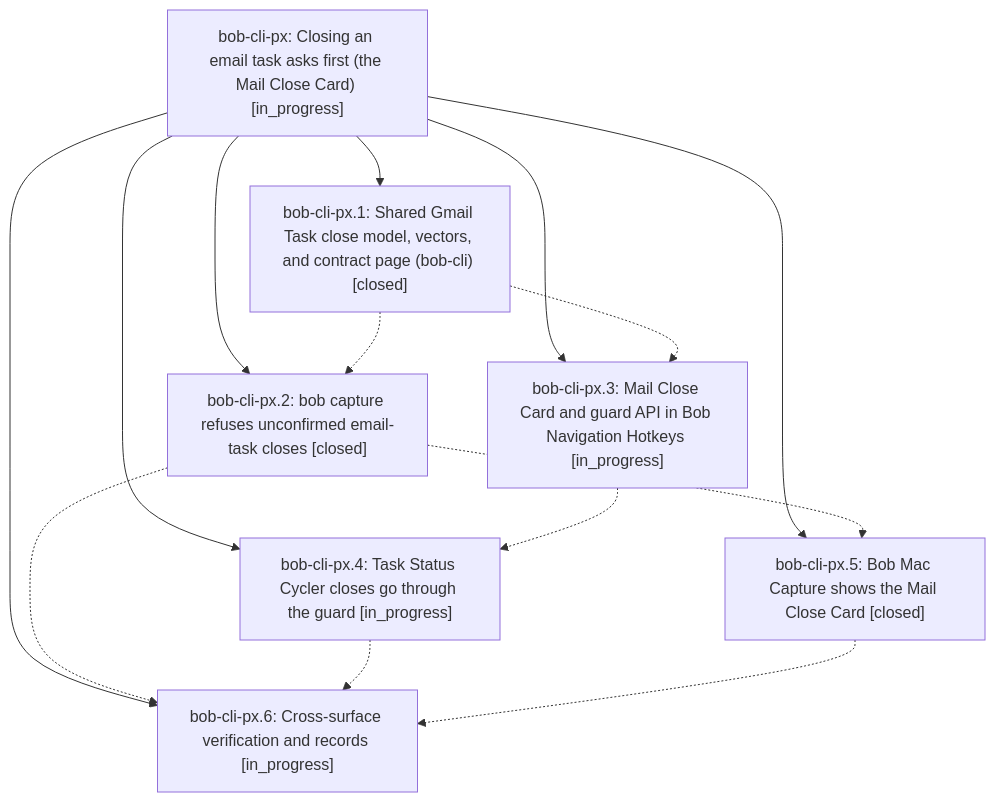
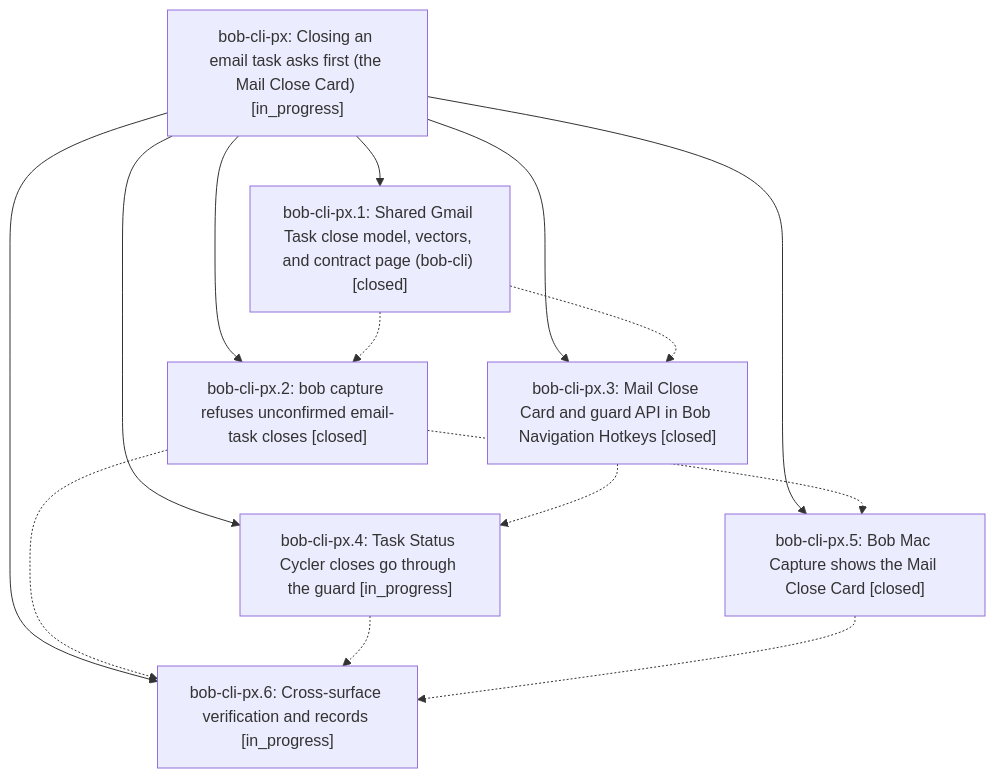
The diagram in pages/bob-cli-px/README.md (bobs-org/bob-cli--beads), drawn with Mermaid before and after one commit. The commit also changed other lines of this file and 5 other files, not shown here.

First line of the commit message:
chore(beads): sync bead state and pages for bob-cli-px

````diff
--- a/pages/bob-cli-px/README.md
+++ b/pages/bob-cli-px/README.md
@@ -39,23 +39,23 @@
 ```mermaid
 flowchart TD
     n0["bob-cli-px: Closing an email task asks first (the Mail Close Card) [in_progress]"]
     n1["bob-cli-px.1: Shared Gmail Task close model, vectors, and contract page (bob-cli) [closed]"]
     n2["bob-cli-px.2: bob capture refuses unconfirmed email-task closes [closed]"]
-    n3["bob-cli-px.3: Mail Close Card and guard API in Bob Navigation Hotkeys [in_progress]"]
+    n3["bob-cli-px.3: Mail Close Card and guard API in Bob Navigation Hotkeys [closed]"]
     n4["bob-cli-px.4: Task Status Cycler closes go through the guard [in_progress]"]
     n5["bob-cli-px.5: Bob Mac Capture shows the Mail Close Card [closed]"]
     n6["bob-cli-px.6: Cross-surface verification and records [in_progress]"]
     n0 --> n1
     n0 --> n2
     n0 --> n3
     n0 --> n4
     n0 --> n5
     n0 --> n6
     n1 -.-> n2
     n1 -.-> n3
     n2 -.-> n5
     n2 -.-> n6
     n3 -.-> n4
     n4 -.-> n6
     n5 -.-> n6
 ```
````
